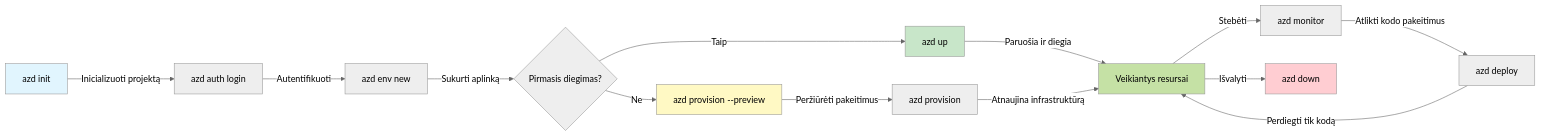
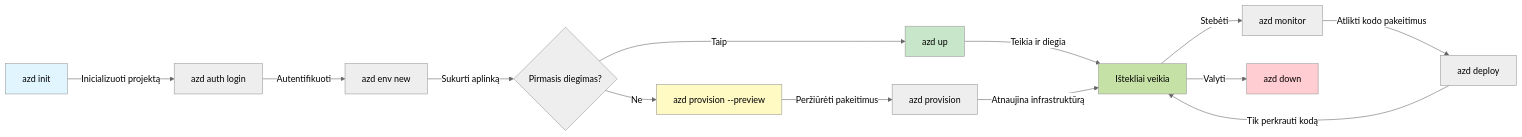
Before and after one commit to microsoft/AZD-for-beginners: the first of 2 diagrams in translations/lt/docs/chapter-01-foundation/azd-basics.md, drawn with Mermaid (neutral theme). The commit also changed other lines of this file and 101 other files, not shown here.

````diff
--- a/translations/lt/docs/chapter-01-foundation/azd-basics.md
+++ b/translations/lt/docs/chapter-01-foundation/azd-basics.md
@@ -269,21 +269,21 @@
 ```mermaid
 graph LR
     A[azd init] -->|Inicializuoti projektą| B[azd auth login]
     B -->|Autentifikuoti| C[azd env new]
     C -->|Sukurti aplinką| D{Pirmasis diegimas?}
     D -->|Taip| E[azd up]
     D -->|Ne| F[azd provision --preview]
     F -->|Peržiūrėti pakeitimus| G[azd provision]
-    E -->|Paruošia ir diegia| H[Veikiantys resursai]
+    E -->|Teikia ir diegia| H[Ištekliai veikia]
     G -->|Atnaujina infrastruktūrą| H
     H -->|Stebėti| I[azd monitor]
     I -->|Atlikti kodo pakeitimus| J[azd deploy]
-    J -->|Perdiegti tik kodą| H
-    H -->|Išvalyti| K[azd down]
+    J -->|Tik perkrauti kodą| H
+    H -->|Valyti| K[azd down]
     
     style A fill:#e1f5fe
     style E fill:#c8e6c9
     style F fill:#fff9c4
     style H fill:#c5e1a5
     style K fill:#ffcdd2
 ```
````
